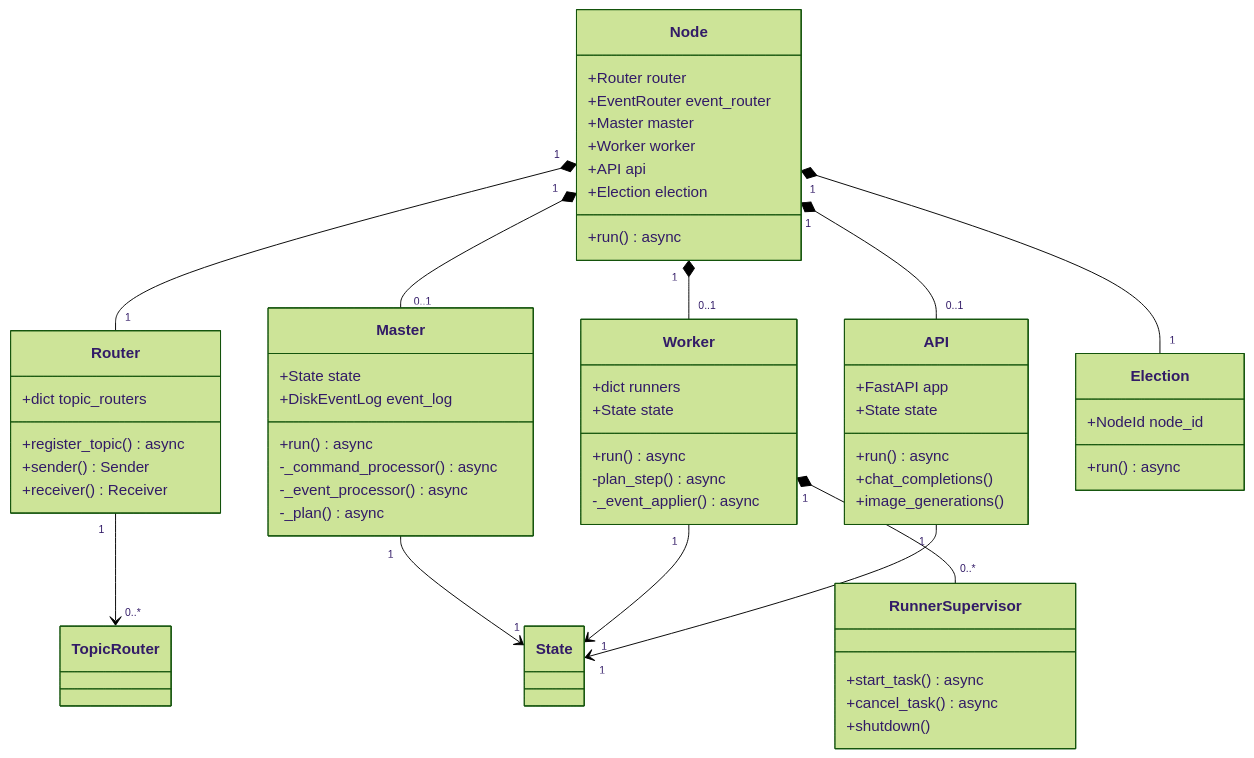
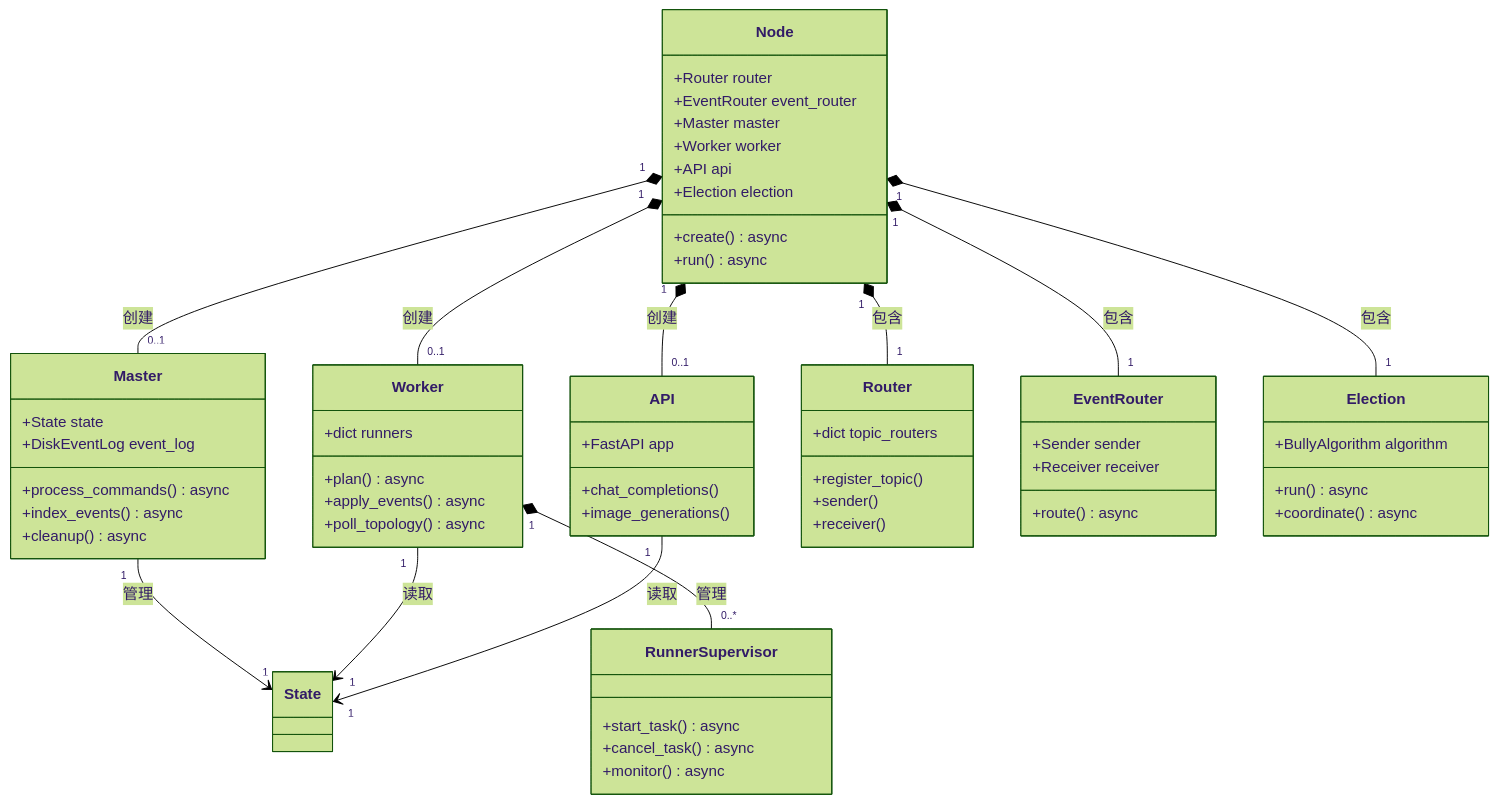
The eighth of 33 diagrams in source/_posts/exo-4plus1.md (Wanger-SJTU/wanger-sjtu.github.io), drawn with Mermaid (forest theme) before and after one commit. The commit also changed other lines of this file, not shown here.

````diff
--- a/source/_posts/exo-4plus1.md
+++ b/source/_posts/exo-4plus1.md
@@ -276,68 +270,71 @@
 ```mermaid
 classDiagram
     class Node {
         +Router router
         +EventRouter event_router
         +Master master
         +Worker worker
         +API api
         +Election election
+        +create() async
         +run() async
     }
 
     class Master {
         +State state
         +DiskEventLog event_log
-        +run() async
-        -_command_processor() async
-        -_event_processor() async
-        -_plan() async
+        +process_commands() async
+        +index_events() async
+        +cleanup() async
     }
 
     class Worker {
         +dict runners
-        +State state
-        +run() async
-        -plan_step() async
-        -_event_applier() async
+        +plan() async
+        +apply_events() async
+        +poll_topology() async
     }
 
     class API {
         +FastAPI app
-        +State state
-        +run() async
         +chat_completions()
         +image_generations()
     }
 
     class Router {
         +dict topic_routers
-        +register_topic() async
-        +sender() Sender
-        +receiver() Receiver
+        +register_topic()
+        +sender()
+        +receiver()
+    }
+
+    class EventRouter {
+        +Sender sender
+        +Receiver receiver
+        +route() async
     }
 
     class Election {
-        +NodeId node_id
+        +BullyAlgorithm algorithm
         +run() async
+        +coordinate() async
     }
 
     class RunnerSupervisor {
         +start_task() async
         +cancel_task() async
-        +shutdown()
+        +monitor() async
     }
 
-    Node "1" *-- "1" Router
-    Node "1" *-- "0..1" Master
-    Node "1" *-- "0..1" Worker
-    Node "1" *-- "0..1" API
-    Node "1" *-- "1" Election
-
-    Master "1" --> "1" State
-    Worker "1" --> "1" State
-    API "1" --> "1" State
-    Worker "1" *-- "0..*" RunnerSupervisor
-
-    Router "1" --> "0..*" TopicRouter
+    Node "1" *-- "1" Router : 包含
+    Node "1" *-- "1" EventRouter : 包含
+    Node "1" *-- "0..1" Master : 创建
+    Node "1" *-- "0..1" Worker : 创建
+    Node "1" *-- "0..1" API : 创建
+    Node "1" *-- "1" Election : 包含
+    Worker "1" *-- "0..*" RunnerSupervisor : 管理
+    
+    Master "1" --> "1" State : 管理
+    Worker "1" --> "1" State : 读取
+    API "1" --> "1" State : 读取
 ```
````
